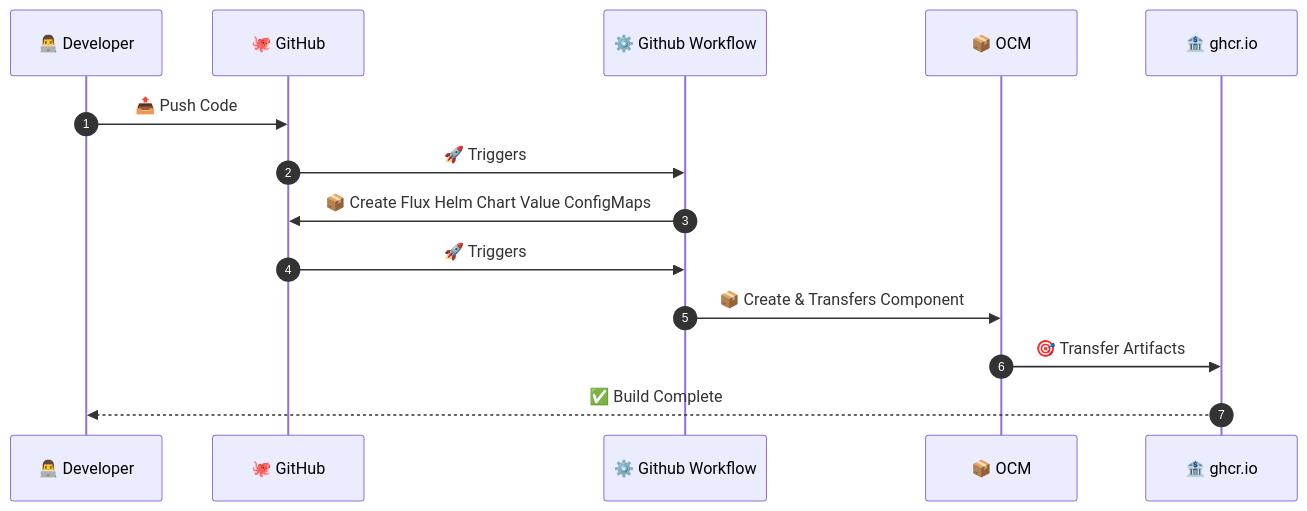
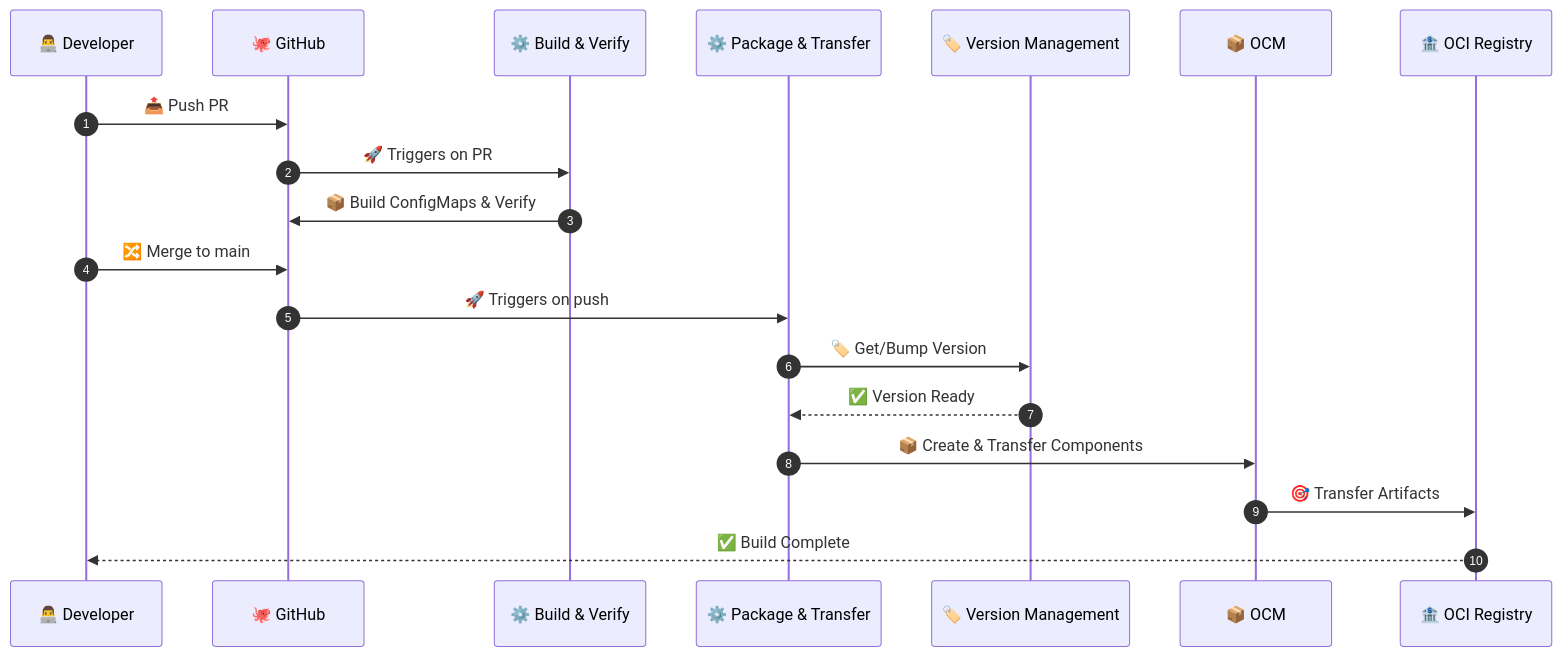
The third of 6 diagrams in README.md (platform-mesh/samples-opendesk-ocm-k8s-toolkit), drawn with Mermaid before and after one commit. The commit also changed other lines of this file and 10 other files, not shown here.

Commit message:
feat: Github Workflows reworked for OCM

````diff
--- a/README.md
+++ b/README.md
@@ -240,16 +245,21 @@
 ```mermaid
 sequenceDiagram
     autonumber
     participant Dev as 👨‍💻 Developer
     participant GH as 🐙 GitHub
-    participant GithubWorkflow as ⚙️ Github Workflow
+    participant BuildVerify as ⚙️ Build & Verify
+    participant PackageTransfer as ⚙️ Package & Transfer
+    participant Version as 🏷️ Version Management
     participant OCM as 📦 OCM
-    participant ghcr.io as 🏦 ghcr.io
-    Dev->>GH: 📤 Push Code
-    GH->>GithubWorkflow: 🚀 Triggers
-    GithubWorkflow->>GH: 📦 Create Flux Helm Chart Value ConfigMaps
-    GH->>GithubWorkflow: 🚀 Triggers
-    GithubWorkflow->>OCM: 📦 Create & Transfers Component
-    OCM->>ghcr.io: 🎯 Transfer Artifacts
-    ghcr.io-->>Dev: ✅ Build Complete
+    participant Registry as 🏦 OCI Registry
+    Dev->>GH: 📤 Push PR
+    GH->>BuildVerify: 🚀 Triggers on PR
+    BuildVerify->>GH: 📦 Build ConfigMaps & Verify
+    Dev->>GH: 🔀 Merge to main
+    GH->>PackageTransfer: 🚀 Triggers on push
+    PackageTransfer->>Version: 🏷️ Get/Bump Version
+    Version-->>PackageTransfer: ✅ Version Ready
+    PackageTransfer->>OCM: 📦 Create & Transfer Components
+    OCM->>Registry: 🎯 Transfer Artifacts
+    Registry-->>Dev: ✅ Build Complete
 ```
````
